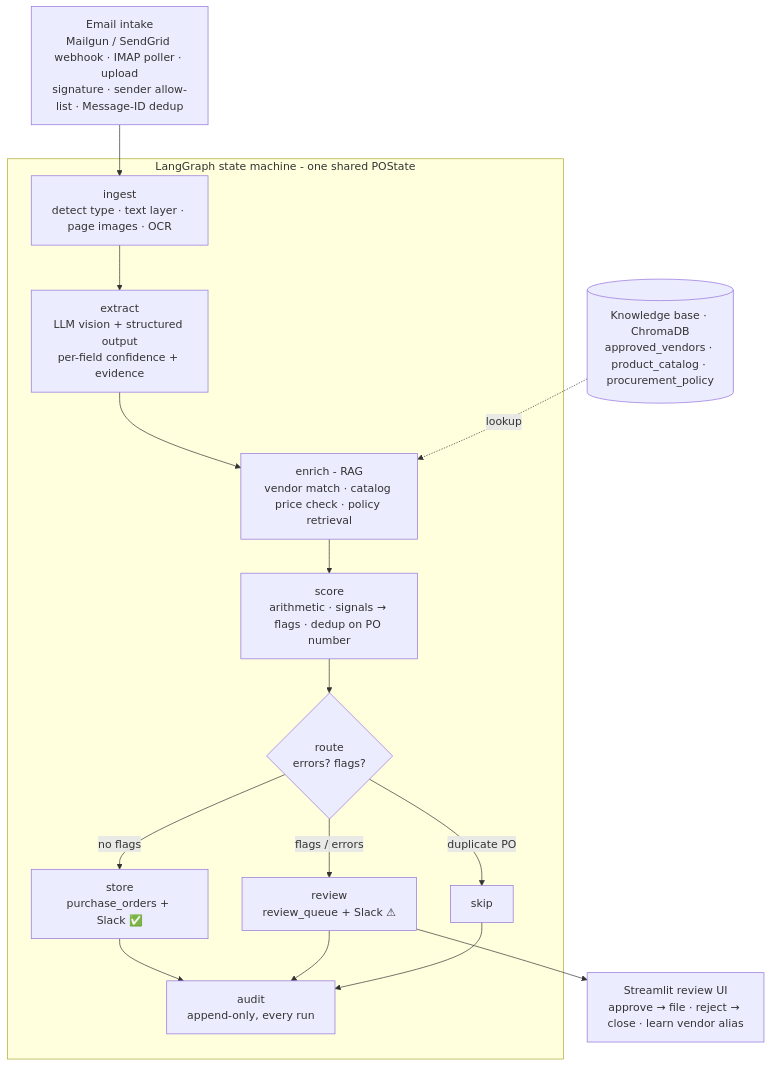
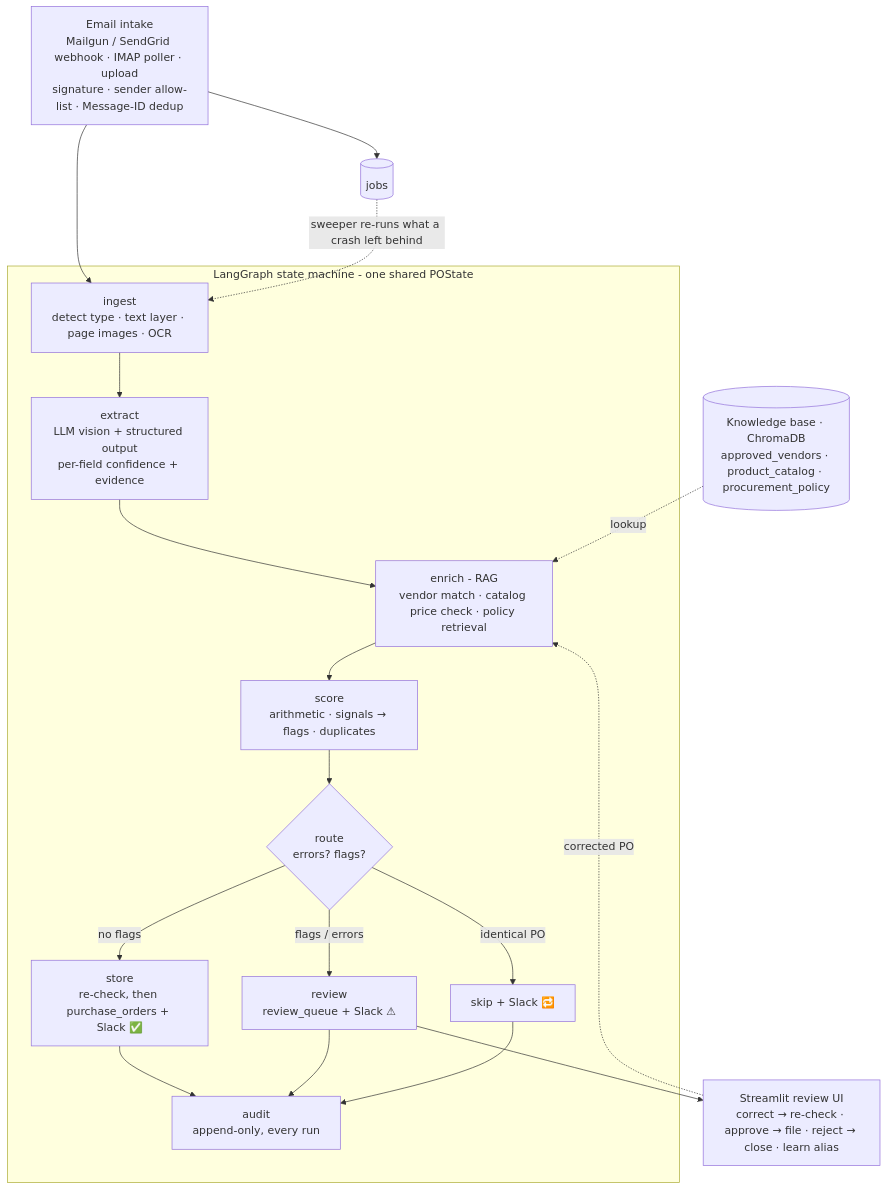
Before and after one commit to nazifmhd/Po-intake-and-validation-agent: the diagram in README.md, drawn with Mermaid. The commit also changed other lines of this file, not shown here.

````diff
--- a/README.md
+++ b/README.md
@@ -11,18 +11,21 @@
 ```mermaid
 flowchart TD
     A[Email intake<br/>Mailgun / SendGrid webhook · IMAP poller · upload<br/>signature · sender allow-list · Message-ID dedup] --> B
     subgraph LangGraph state machine - one shared POState
       B[ingest<br/>detect type · text layer · page images · OCR] --> C[extract<br/>LLM vision + structured output<br/>per-field confidence + evidence]
       C --> D[enrich - RAG<br/>vendor match · catalog price check · policy retrieval]
-      D --> E[score<br/>arithmetic · signals → flags · dedup on PO number]
+      D --> E[score<br/>arithmetic · signals → flags · duplicates]
       E --> F{route<br/>errors? flags?}
-      F -- no flags --> G[store<br/>purchase_orders + Slack ✅]
+      F -- no flags --> G[store<br/>re-check, then purchase_orders + Slack ✅]
       F -- flags / errors --> H[review<br/>review_queue + Slack ⚠]
-      F -- duplicate PO --> S[skip]
+      F -- identical PO --> S[skip + Slack 🔁]
       G --> Z[audit<br/>append-only, every run]
       H --> Z
       S --> Z
     end
     KB[(Knowledge base · ChromaDB<br/>approved_vendors · product_catalog · procurement_policy)] -. lookup .-> D
-    H --> UI[Streamlit review UI<br/>approve → file · reject → close · learn vendor alias]
+    H --> UI[Streamlit review UI<br/>correct → re-check · approve → file · reject → close · learn alias]
+    UI -. corrected PO .-> D
+    J[(jobs)] -. sweeper re-runs what a crash left behind .-> B
+    A --> J
 ```
````
